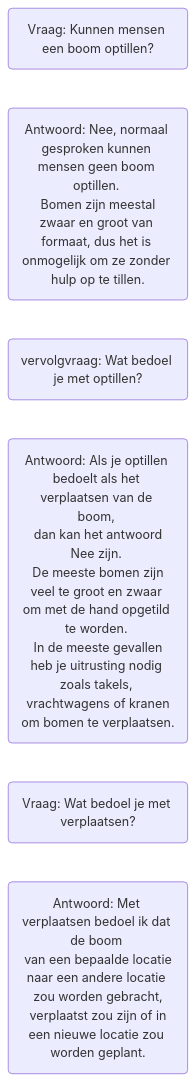
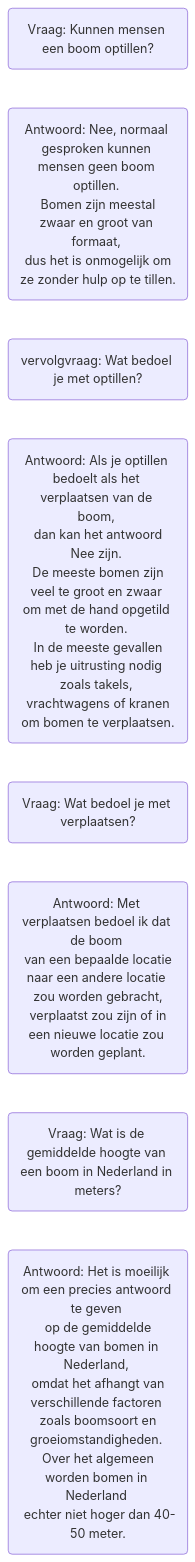
The third of 4 diagrams in README.md (HR-ChatGPT/ChatGPT-UITGELEGD), drawn with Mermaid before and after one commit.

````diff
--- a/README.md
+++ b/README.md
@@ -652,15 +652,19 @@
 ```mermaid
 flowchart LR
     id1(Vraag: Kunnen mensen een boom optillen?)
 
-    id2(Antwoord: Nee, normaal gesproken kunnen mensen geen boom optillen. <br> Bomen zijn meestal zwaar en groot van formaat, dus het is onmogelijk om ze zonder hulp op te tillen.)
+    id2(Antwoord: Nee, normaal gesproken kunnen mensen geen boom optillen. <br> Bomen zijn meestal zwaar en groot van formaat, <br> dus het is onmogelijk om ze zonder hulp op te tillen.)
 
     id3(vervolgvraag: Wat bedoel je met optillen?)
 
     id4(Antwoord: Als je optillen bedoelt als het verplaatsen van de boom, <br> dan kan het antwoord Nee zijn. <br> De meeste bomen zijn veel te groot en zwaar om met de hand opgetild te worden. <br> In de meeste gevallen heb je uitrusting nodig zoals takels, <br> vrachtwagens of kranen om bomen te verplaatsen.)
 
     id5(Vraag: Wat bedoel je met verplaatsen?)
 
     id6(Antwoord: Met verplaatsen bedoel ik dat de boom <br> van een bepaalde locatie naar een andere locatie <br> zou worden gebracht, <br> verplaatst zou zijn of in een nieuwe locatie zou worden geplant.)
+
+    id7(Vraag: Wat is de gemiddelde hoogte van een boom in Nederland in meters?)
+
+    id8(Antwoord: Het is moeilijk om een precies antwoord te geven <br> op de gemiddelde hoogte van bomen in Nederland, <br> omdat het afhangt van verschillende factoren <br> zoals boomsoort en groeiomstandigheden. <br> Over het algemeen worden bomen in Nederland <br> echter niet hoger dan 40-50 meter.)
     
 ```
````
